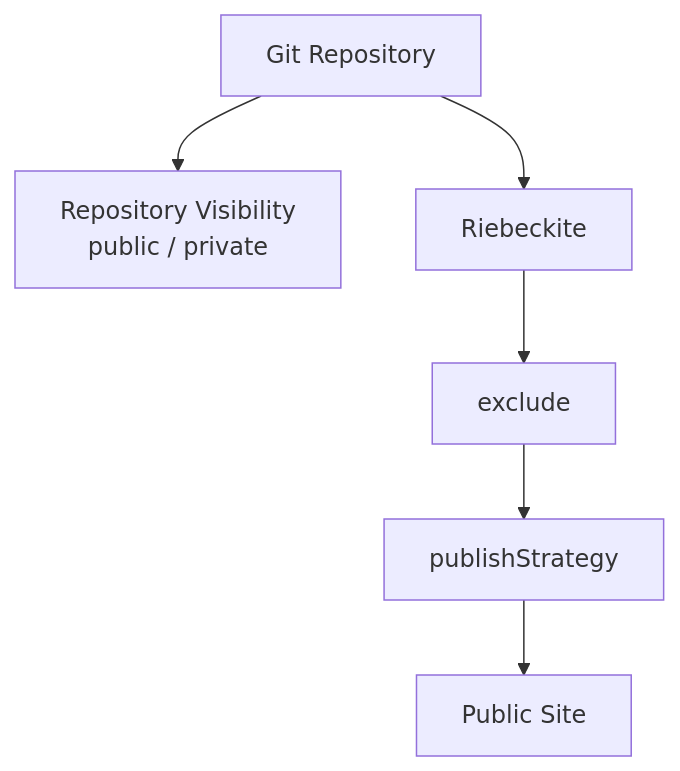
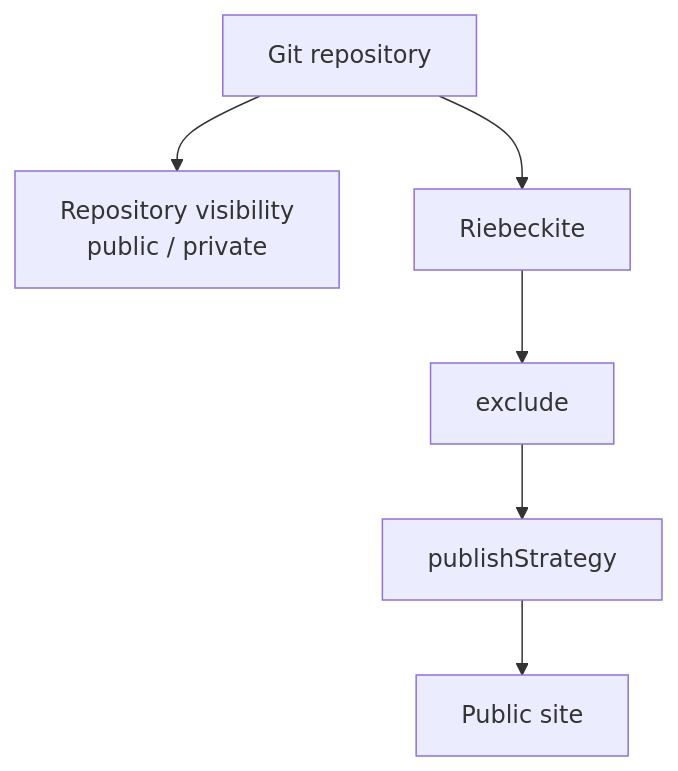
Before and after one commit to Rerurate514/riebeckite: the seventh of 10 diagrams in docs/docs/guides/content-repositories.md, drawn with Mermaid. The commit also changed other lines of this file and 604 other files, not shown here.

````diff
--- a/docs/docs/guides/content-repositories.md
+++ b/docs/docs/guides/content-repositories.md
@@ -793,12 +381,12 @@
 ```mermaid
 flowchart TD
-    Repo["Git Repository"]
+    Repo["Git repository"]
 
-    Repo --> RepoVisibility["Repository Visibility<br/>public / private"]
+    Repo --> RepoVisibility["Repository visibility<br/>public / private"]
 
     Repo --> Riebeckite["Riebeckite"]
 
     Riebeckite --> Exclude["exclude"]
     Exclude --> Strategy["publishStrategy"]
-    Strategy --> Site["Public Site"]
+    Strategy --> Site["Public site"]
 ```
````
